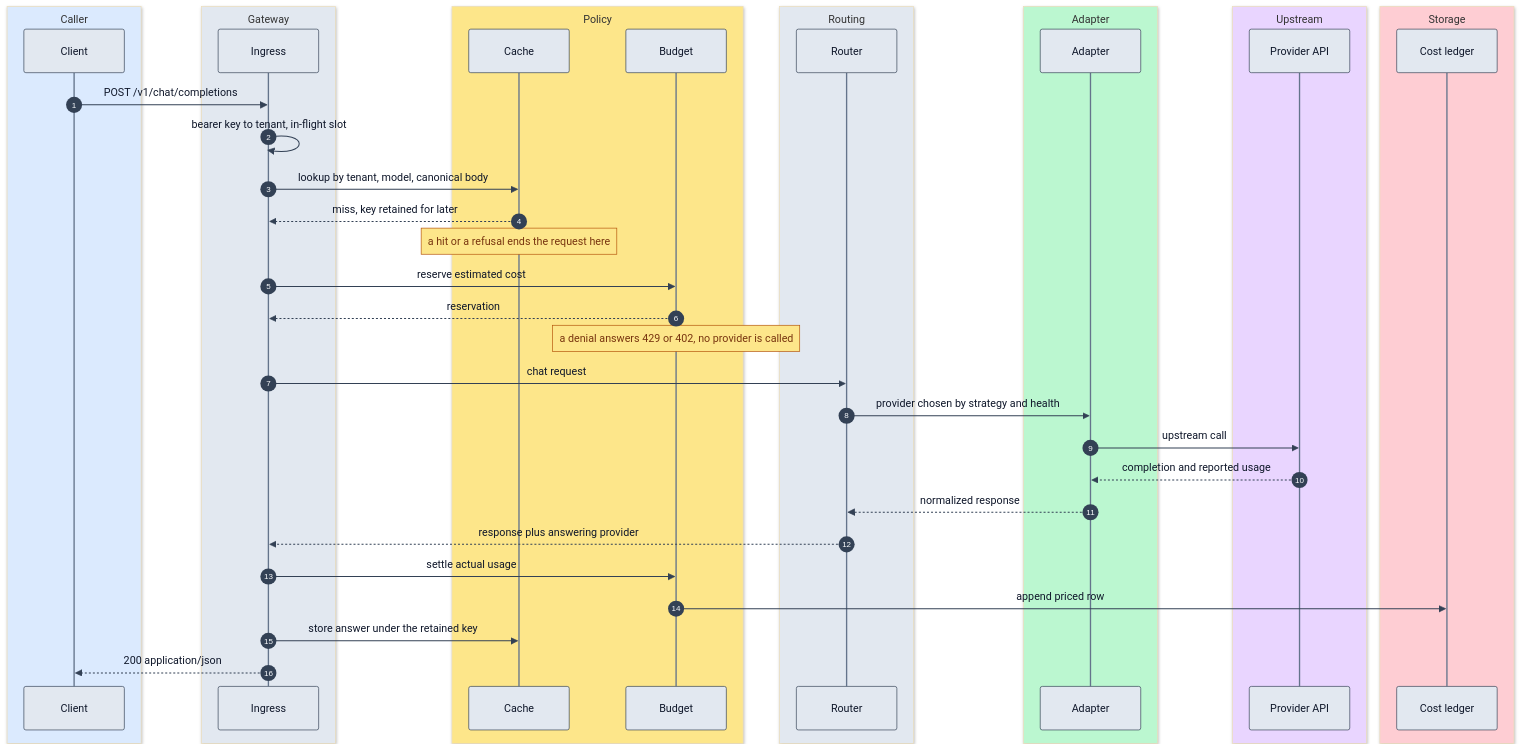
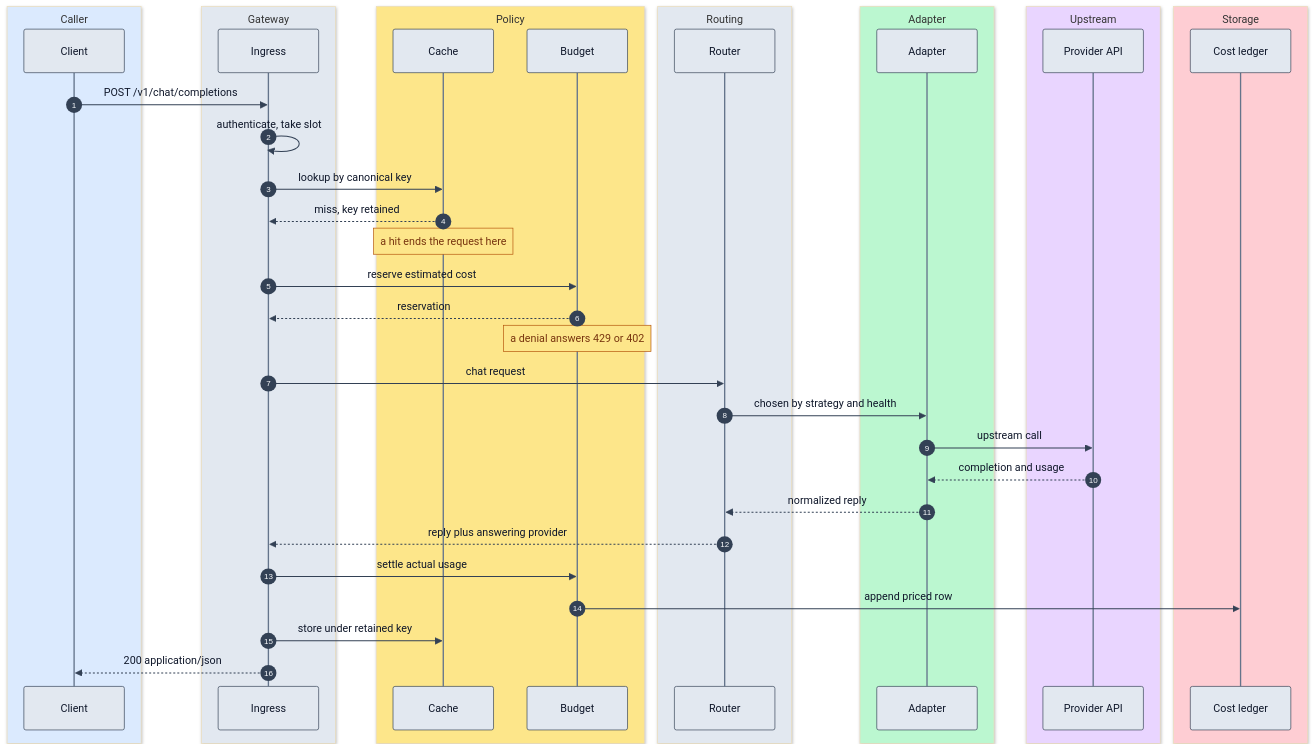
One commit to rajeev-chaurasia/pen-stock changed the first of 3 diagrams in docs/request-lifecycle.md. Above: the diagram before and after it, drawn with Mermaid. The commit also changed 1 other file, not shown here.

Commit message:
docs: make the diagrams legible at README width
Rendering every mermaid block with the real library and reading the SVG
viewBox showed three of the six were unreadable where they are actually
displayed. The request path overview came out 2646px wide at a 10.6 to 1
aspect, which scales to 23 percent in a README and puts body text at
5.5px.

Turning it top down and trimming the edge labels brings it to 499x979,
which renders at full size with 14px text. The two sequence diagrams are
being restructured separately; their width comes from participant count
rather than labels.

Parsing clean and reading clean are different checks. The first was
done; this is the second.

````diff
--- a/docs/request-lifecycle.md
+++ b/docs/request-lifecycle.md
@@ -13,46 +13,46 @@
 ```mermaid
 %%{init: {'theme':'base','themeVariables':{'actorBkg':'#e2e8f0','actorBorder':'#334155','actorTextColor':'#0f172a','actorLineColor':'#64748b','signalColor':'#334155','signalTextColor':'#0f172a','noteBkgColor':'#fde68a','noteBorderColor':'#b45309','noteTextColor':'#78350f','labelBoxBkgColor':'#e2e8f0','labelBoxBorderColor':'#334155','labelTextColor':'#0f172a','loopTextColor':'#0f172a','activationBkgColor':'#bbf7d0','activationBorderColor':'#15803d','sequenceNumberColor':'#f8fafc'}}}%%
 sequenceDiagram
     autonumber
     box rgb(219,234,254) Caller
     participant C as Client
     end
     box rgb(226,232,240) Gateway
     participant I as Ingress
     end
     box rgb(253,230,138) Policy
     participant K as Cache
     participant B as Budget
     end
     box rgb(226,232,240) Routing
     participant R as Router
     end
     box rgb(187,247,208) Adapter
     participant P as Adapter
     end
     box rgb(233,213,255) Upstream
     participant U as Provider API
     end
     box rgb(254,205,211) Storage
     participant L as Cost ledger
     end
 
     C->>I: POST /v1/chat/completions
-    I->>I: bearer key to tenant, in-flight slot
-    I->>K: lookup by tenant, model, canonical body
-    K-->>I: miss, key retained for later
-    Note over K: a hit or a refusal ends the request here
+    I->>I: authenticate, take slot
+    I->>K: lookup by canonical key
+    K-->>I: miss, key retained
+    Note over K: a hit ends the request here
     I->>B: reserve estimated cost
     B-->>I: reservation
-    Note over B: a denial answers 429 or 402, no provider is called
+    Note over B: a denial answers 429 or 402
     I->>R: chat request
-    R->>P: provider chosen by strategy and health
+    R->>P: chosen by strategy and health
     P->>U: upstream call
-    U-->>P: completion and reported usage
-    P-->>R: normalized response
-    R-->>I: response plus answering provider
+    U-->>P: completion and usage
+    P-->>R: normalized reply
+    R-->>I: reply plus answering provider
     I->>B: settle actual usage
     B->>L: append priced row
-    I->>K: store answer under the retained key
+    I->>K: store under retained key
     I-->>C: 200 application/json
 ```
````
